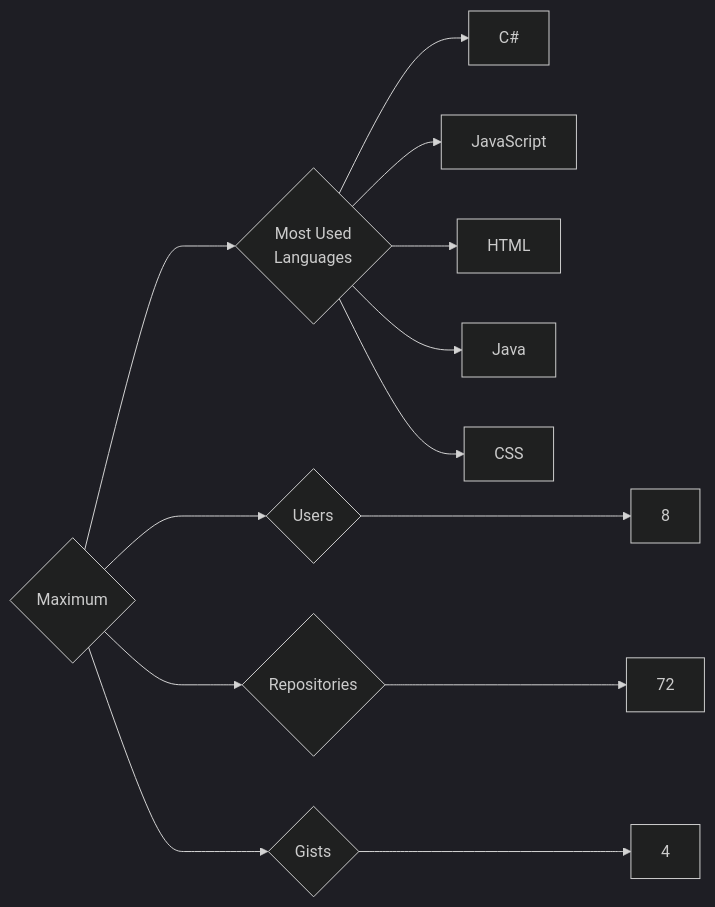
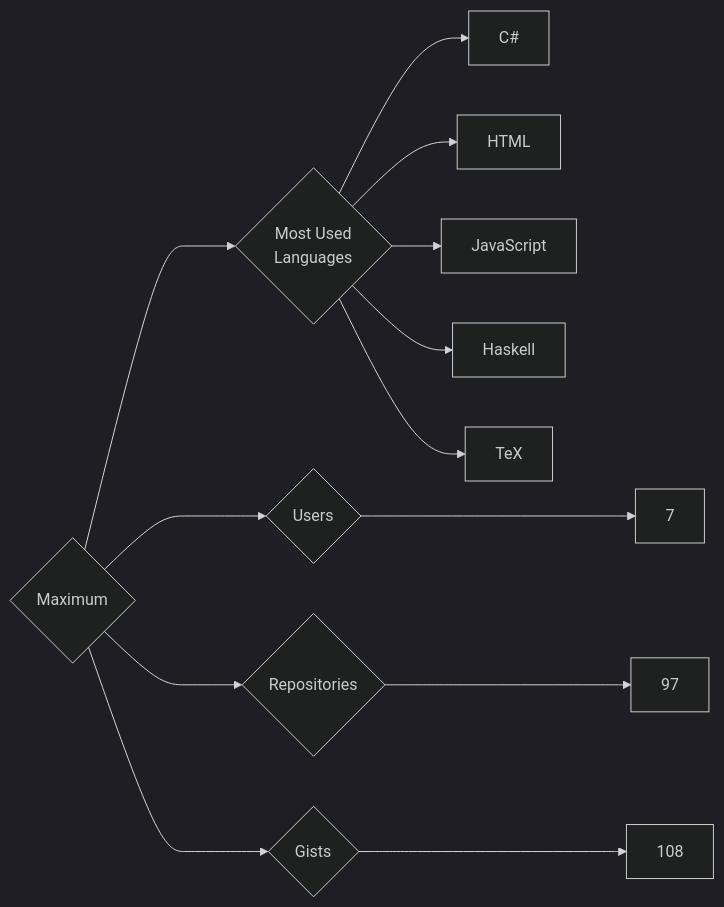
The diagram in targets/Maximum/README.md (trickest/insiders), drawn with Mermaid (dark theme) before and after one commit. The commit also changed 1479 other files, not shown here.

````diff
--- a/targets/Maximum/README.md
+++ b/targets/Maximum/README.md
@@ -3,13 +3,13 @@
 ```mermaid
 graph LR
 COMPANY_NAME{Maximum}
-COMPANY_NAME ---> U{Users} ---> UN[8]
-COMPANY_NAME ---> R{Repositories} ---> RN[72]
-COMPANY_NAME ---> G{Gists} ---> GN[4]
+COMPANY_NAME ---> U{Users} ---> UN[7]
+COMPANY_NAME ---> R{Repositories} ---> RN[97]
+COMPANY_NAME ---> G{Gists} ---> GN[108]
 COMPANY_NAME ---> ML{Most Used<br>Languages}
 ML --> C#[C#]
+ML --> HTML[HTML]
 ML --> JavaScript[JavaScript]
-ML --> HTML[HTML]
-ML --> Java[Java]
-ML --> CSS[CSS]
+ML --> Haskell[Haskell]
+ML --> TeX[TeX]
 ```
````
